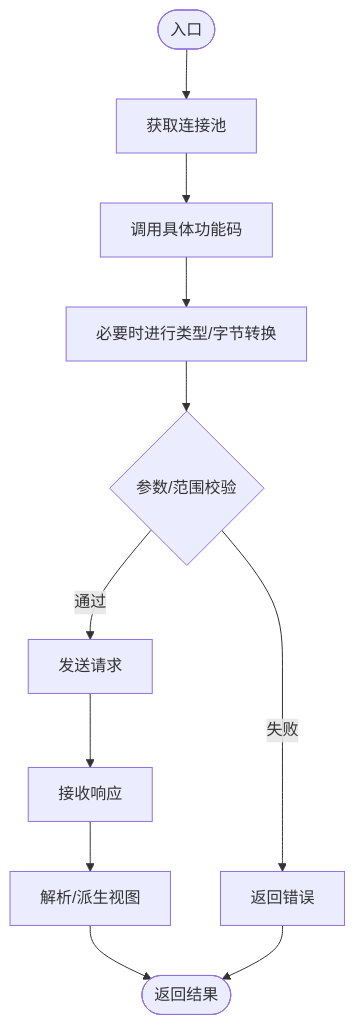
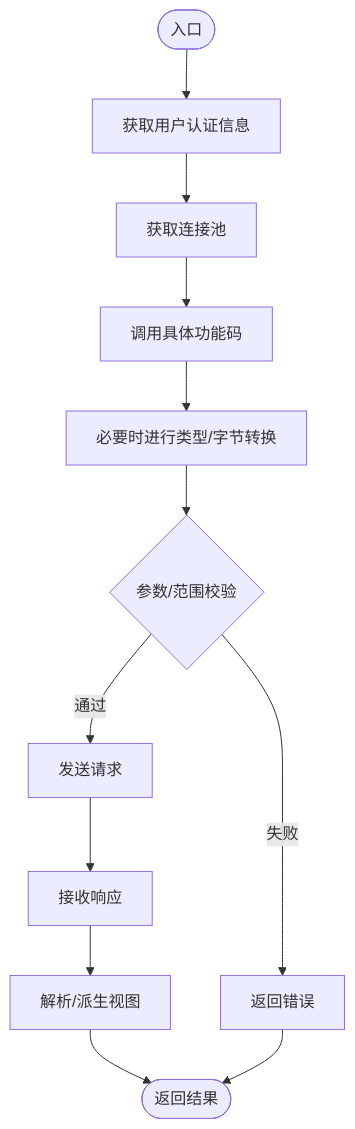
One commit to maomao94/zero-service changed the third of 4 diagrams in .qoder/repowiki/zh/content/核心服务详解/Modbus 协议桥接服务/数据读写操作.md. Above: the diagram before and after it, drawn with Mermaid. The commit also changed other lines of this file and 11 other files, not shown here.

````diff
--- a/.qoder/repowiki/zh/content/核心服务详解/Modbus 协议桥接服务/数据读写操作.md
+++ b/.qoder/repowiki/zh/content/核心服务详解/Modbus 协议桥接服务/数据读写操作.md
@@ -176,13 +204,14 @@
 ```mermaid
 flowchart TD
-Start(["入口"]) --> GetPool["获取连接池"]
+Start(["入口"]) --> GetAuth["获取用户认证信息"]
+GetAuth --> GetPool["获取连接池"]
 GetPool --> CallOp["调用具体功能码"]
 CallOp --> Convert["必要时进行类型/字节转换"]
 Convert --> Validate{"参数/范围校验"}
 Validate --> |失败| Err["返回错误"]
 Validate --> |通过| Send["发送请求"]
 Send --> Resp["接收响应"]
 Resp --> Parse["解析/派生视图"]
 Parse --> Done(["返回结果"])
 Err --> Done
 ```
````
